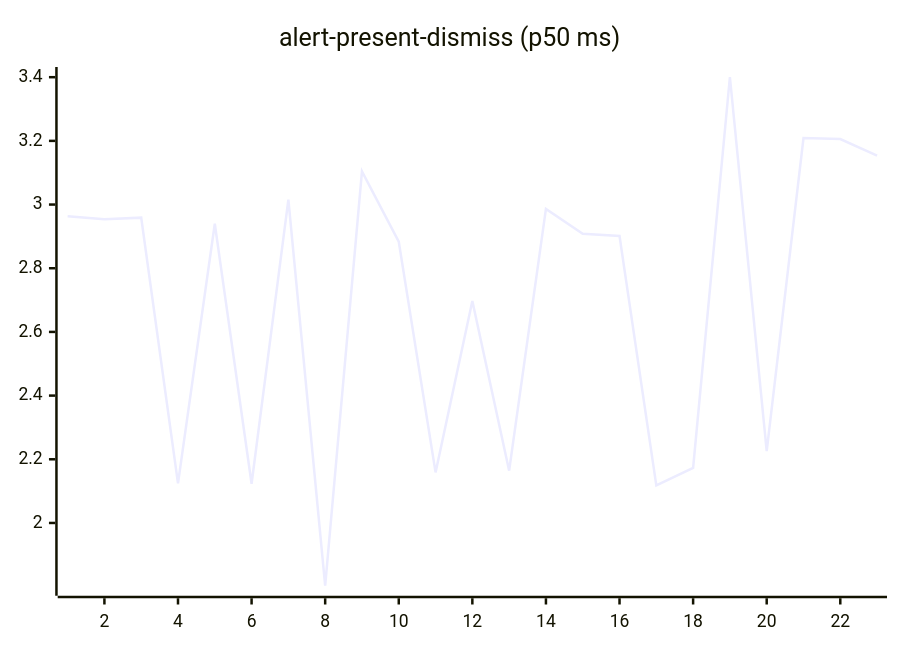
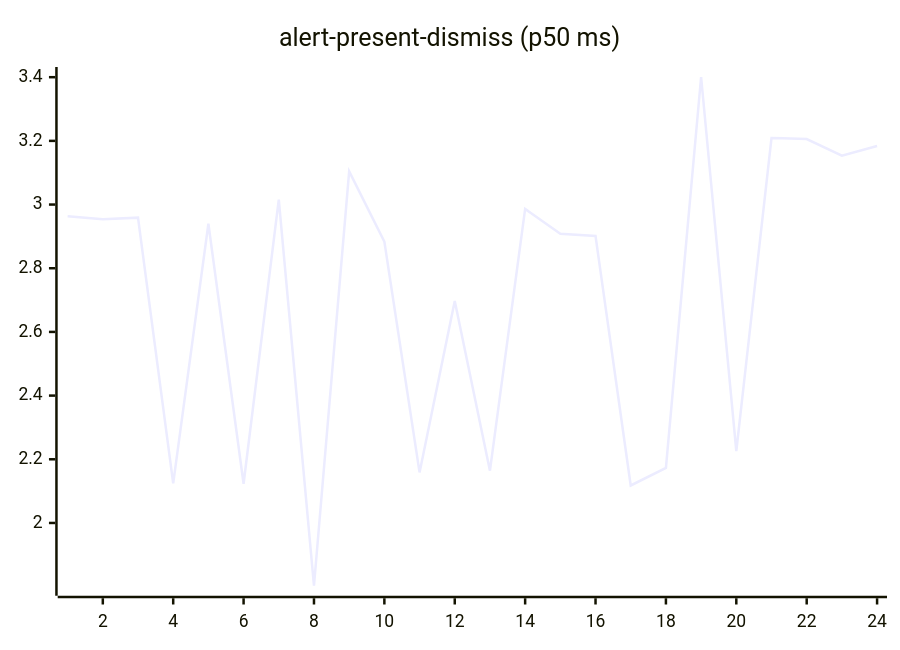
One commit to josha/Facet changed the second of 27 diagrams in README.md. Above: the diagram before and after it, drawn with Mermaid. The commit also changed other lines of this file and 2 other files, not shown here.

````diff
--- a/README.md
+++ b/README.md
@@ -70,6 +70,6 @@
 ```mermaid
 xychart-beta
     title "alert-present-dismiss (p50 ms)"
-    x-axis 1 --> 23
-    line [2.9632, 2.9538, 2.9589, 2.1244, 2.9396, 2.1232, 3.0157, 1.8028, 3.1043, 2.8834, 2.1588, 2.6974, 2.1643, 2.9862, 2.9085, 2.9011, 2.1177, 2.1729, 3.4006, 2.2253, 3.2090, 3.2058, 3.1536]
+    x-axis 1 --> 24
+    line [2.9632, 2.9538, 2.9589, 2.1244, 2.9396, 2.1232, 3.0157, 1.8028, 3.1043, 2.8834, 2.1588, 2.6974, 2.1643, 2.9862, 2.9085, 2.9011, 2.1177, 2.1729, 3.4006, 2.2253, 3.2090, 3.2058, 3.1536, 3.1837]
 ```
````
